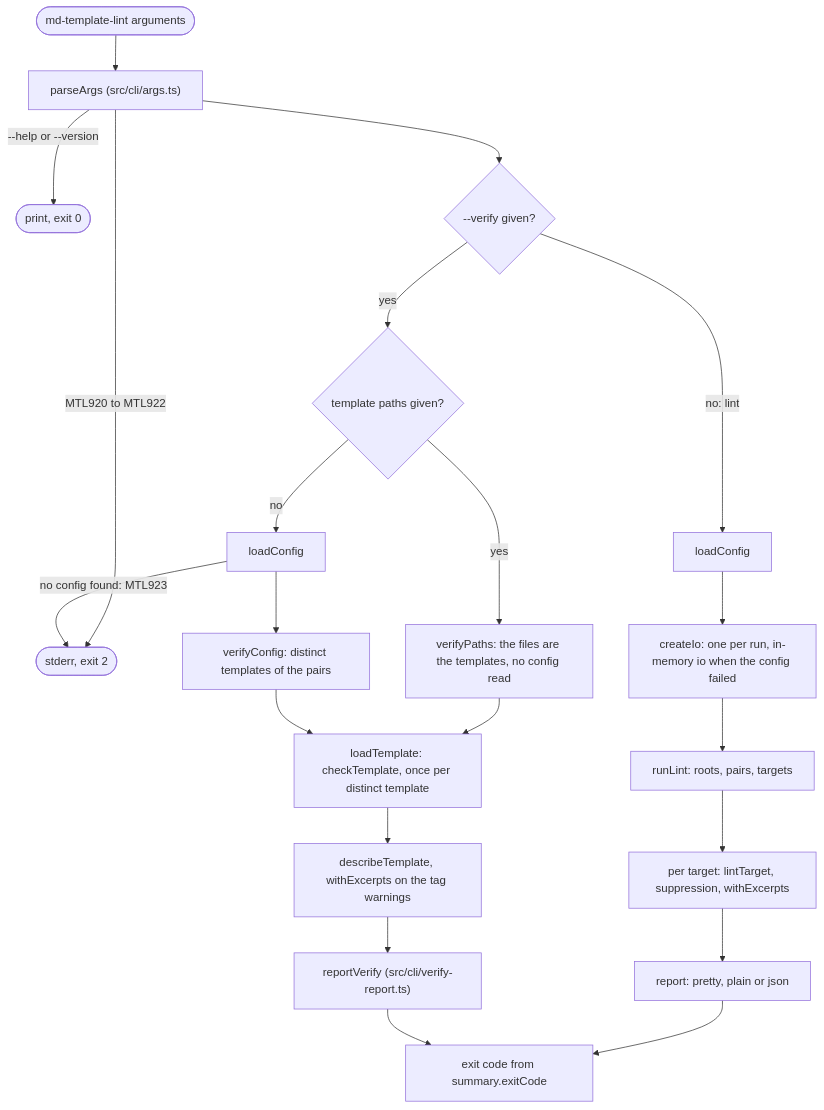
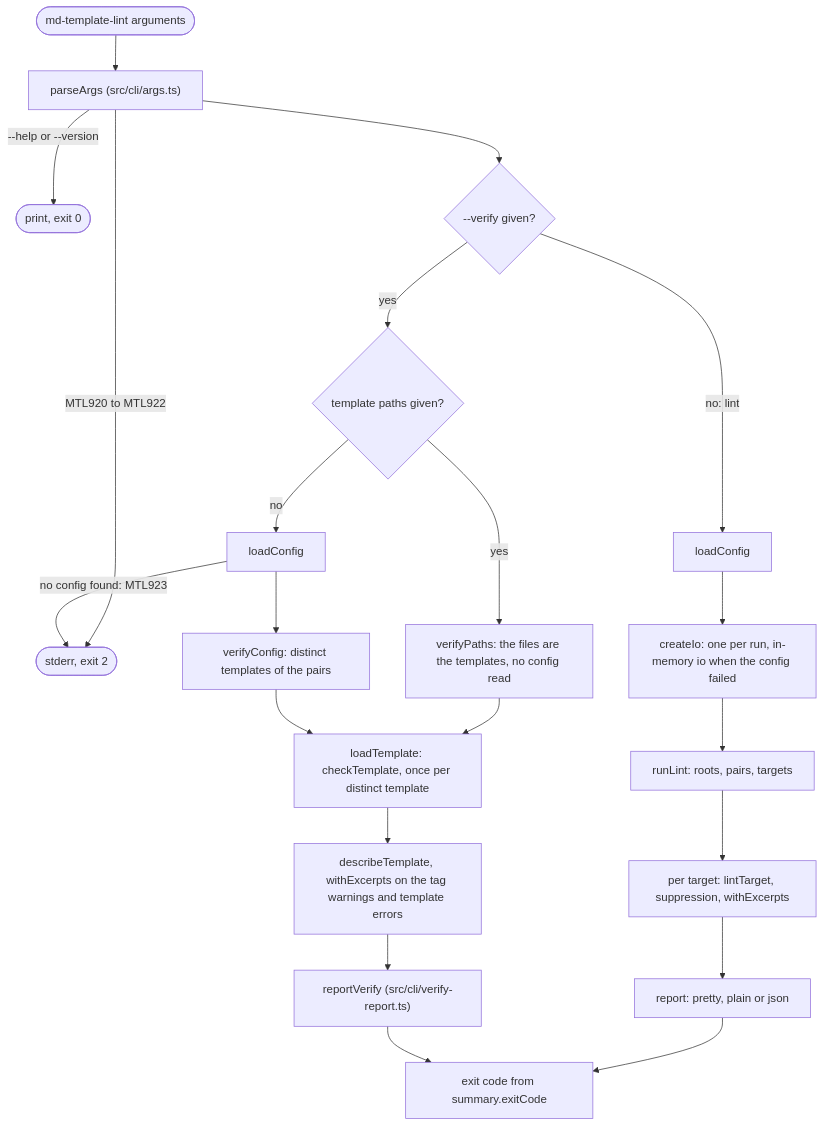
One commit to m21-cerutti/md-template-lint changed the third of 5 diagrams in docs/architecture.md. Above: the diagram before and after it, drawn with Mermaid. The commit also changed other lines of this file and 1489 other files, not shown here.

````diff
--- a/docs/architecture.md
+++ b/docs/architecture.md
@@ -387,23 +417,23 @@
 ```mermaid
 flowchart TD
   argv(["md-template-lint arguments"]) --> args["parseArgs (src/cli/args.ts)"]
   args -->|"--help or --version"| ok0(["print, exit 0"])
   args -->|"MTL920 to MTL922"| bad2(["stderr, exit 2"])
   args --> mode{"--verify given?"}
   mode -->|"no: lint"| cfg1["loadConfig"]
   cfg1 --> io1["createIo: one per run, in-memory io when the config failed"]
   io1 --> lint["runLint: roots, pairs, targets"]
   lint --> target["per target: lintTarget, suppression, withExcerpts"]
   target --> rep["report: pretty, plain or json"]
   mode -->|"yes"| given{"template paths given?"}
   given -->|"yes"| vp["verifyPaths: the files are the templates, no config read"]
   given -->|"no"| cfg2["loadConfig"]
   cfg2 -->|"no config found: MTL923"| bad2
   cfg2 --> vc["verifyConfig: distinct templates of the pairs"]
   vp --> tpl["loadTemplate: checkTemplate, once per distinct template"]
   vc --> tpl
-  tpl --> schema["describeTemplate, withExcerpts on the tag warnings"]
+  tpl --> schema["describeTemplate, withExcerpts on the tag warnings and template errors"]
   schema --> rv["reportVerify (src/cli/verify-report.ts)"]
   rep --> code["exit code from summary.exitCode"]
   rv --> code
 ```
````
